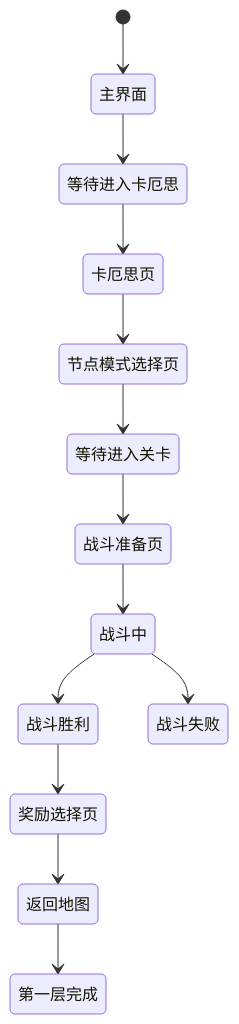
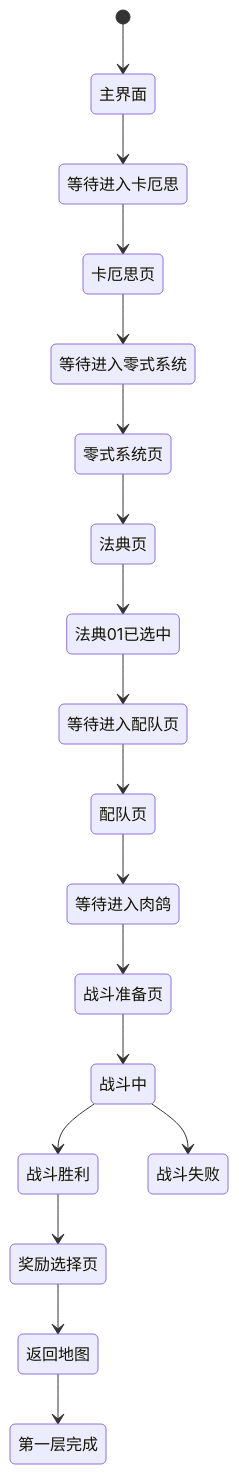
One commit to kof97500/MAAForChaos changed the second of 2 diagrams in docs/specs/state-machine.md. Above: the diagram before and after it, drawn with Mermaid. The commit also changed other lines of this file and 12 other files, not shown here.

Commit message:
Add roguelike entry flow before combat

````diff
--- a/docs/specs/state-machine.md
+++ b/docs/specs/state-machine.md
@@ -185,15 +277,20 @@
 ```mermaid
 stateDiagram-v2
     [*] --> 主界面
     主界面 --> 等待进入卡厄思
     等待进入卡厄思 --> 卡厄思页
-    卡厄思页 --> 节点模式选择页
-    节点模式选择页 --> 等待进入关卡
-    等待进入关卡 --> 战斗准备页
+    卡厄思页 --> 等待进入零式系统
+    等待进入零式系统 --> 零式系统页
+    零式系统页 --> 法典页
+    法典页 --> 法典01已选中
+    法典01已选中 --> 等待进入配队页
+    等待进入配队页 --> 配队页
+    配队页 --> 等待进入肉鸽
+    等待进入肉鸽 --> 战斗准备页
     战斗准备页 --> 战斗中
     战斗中 --> 战斗胜利
     战斗中 --> 战斗失败
     战斗胜利 --> 奖励选择页
     奖励选择页 --> 返回地图
     返回地图 --> 第一层完成
 ```
````
